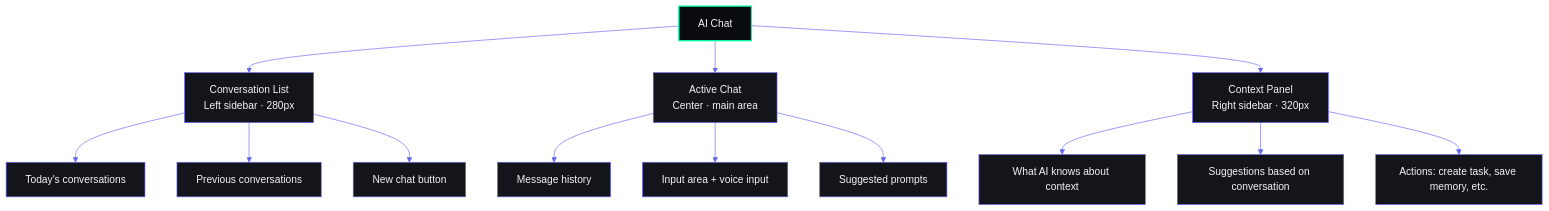
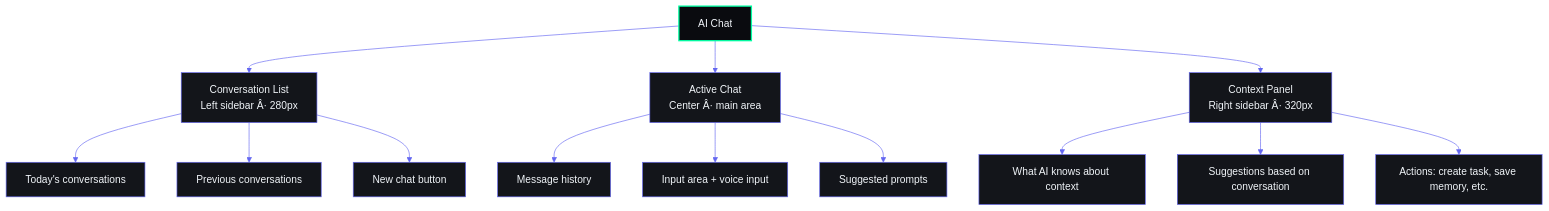
One commit to rohitkumarnaidu/ARIA-OS---SecondBrain- changed diagram 28 of 35 in docs/design/InformationArchitecture.md. Above: the diagram before and after it, drawn with Mermaid. The commit also changed other lines of this file and 9 other files, not shown here.

````diff
--- a/docs/design/InformationArchitecture.md
+++ b/docs/design/InformationArchitecture.md
@@ -2181,24 +2181,24 @@
 ```mermaid
 %%{init: {'theme': 'base', 'themeVariables': {'background': '#0A0B0F', 'primaryColor': '#13151A', 'primaryBorderColor': '#6366F1', 'primaryTextColor': '#F1F5F9', 'lineColor': '#6366F1', 'secondaryColor': '#1A1D24', 'tertiaryColor': '#0A0B0F', 'fontFamily': 'DM Sans'}}}%%
 graph TD
-    AIC[AI Chat] --> CL[Conversation List<br/>Left sidebar · 280px]
-    AIC --> AC[Active Chat<br/>Center · main area]
-    AIC --> CP[Context Panel<br/>Right sidebar · 320px]
+    AIC[AI Chat] --> CL[Conversation List<br/>Left sidebar Â· 280px]
+    AIC --> AC[Active Chat<br/>Center Â· main area]
+    AIC --> CP[Context Panel<br/>Right sidebar Â· 320px]
     
     CL --> TD[Today's conversations]
     CL --> PV[Previous conversations]
     CL --> NB[New chat button]
     
     AC --> MH[Message history]
     AC --> IA[Input area + voice input]
     AC --> SP[Suggested prompts]
     
     CP --> WA[What AI knows about context]
     CP --> SC[Suggestions based on conversation]
     CP --> ACT[Actions: create task, save memory, etc.]
     
     style AIC fill:#0A0B0F,stroke:#00FFA3,color:#F1F5F9,stroke-width:2px
     style CL fill:#13151A,stroke:#6366F1,color:#F1F5F9
     style AC fill:#13151A,stroke:#6366F1,color:#F1F5F9
     style CP fill:#13151A,stroke:#6366F1,color:#F1F5F9
 ```
````
